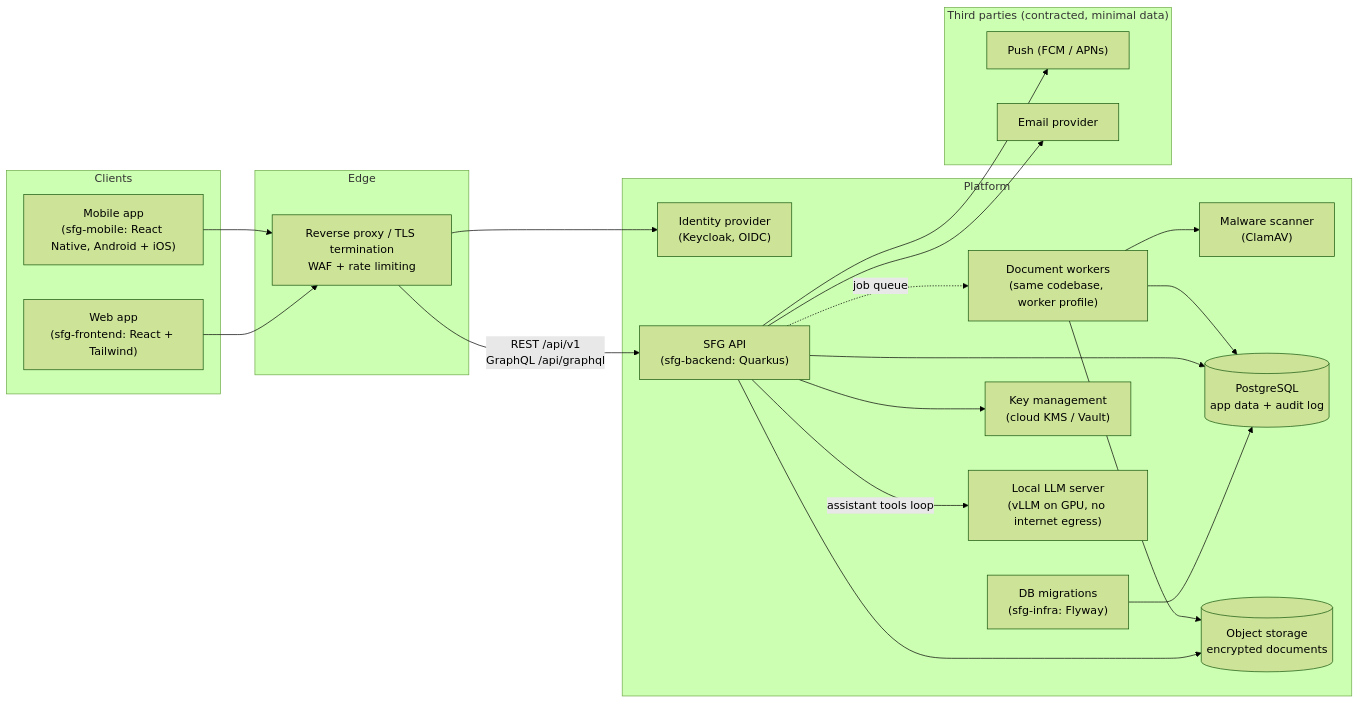
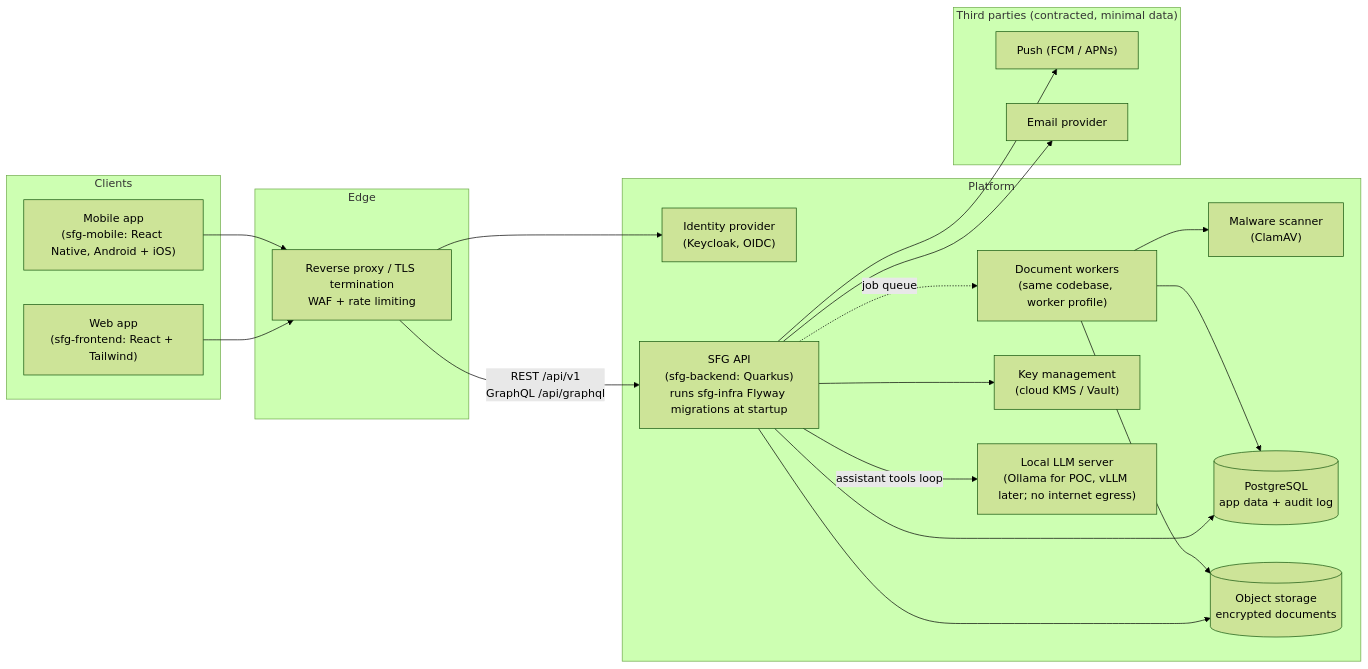
One commit to sdebie/sfg-parent changed the first of 6 diagrams in docs/high-level-design.md. Above: the diagram before and after it, drawn with Mermaid (forest theme). The commit also changed other lines of this file, not shown here.

First line of the commit message:
HLD: Ollama for the AI POC, swappable by config; backend runs sfg-infra migrations at startup

````diff
--- a/docs/high-level-design.md
+++ b/docs/high-level-design.md
@@ -83,44 +83,42 @@
 ```mermaid
 flowchart LR
   subgraph Clients
     WEB["Web app<br/>(sfg-frontend: React + Tailwind)"]
     MOB["Mobile app<br/>(sfg-mobile: React Native, Android + iOS)"]
   end
 
   subgraph Edge
     RP["Reverse proxy / TLS termination<br/>WAF + rate limiting"]
   end
 
   subgraph Platform
-    MIG["DB migrations<br/>(sfg-infra: Flyway)"]
     IDP["Identity provider<br/>(Keycloak, OIDC)"]
-    API["SFG API<br/>(sfg-backend: Quarkus)"]
+    API["SFG API<br/>(sfg-backend: Quarkus)<br/>runs sfg-infra Flyway migrations at startup"]
     WRK["Document workers<br/>(same codebase, worker profile)"]
     AV["Malware scanner<br/>(ClamAV)"]
     DB[("PostgreSQL<br/>app data + audit log")]
     OBJ[("Object storage<br/>encrypted documents")]
     KMS["Key management<br/>(cloud KMS / Vault)"]
-    LLM["Local LLM server<br/>(vLLM on GPU, no internet egress)"]
+    LLM["Local LLM server<br/>(Ollama for POC, vLLM later; no internet egress)"]
   end
 
   subgraph External["Third parties (contracted, minimal data)"]
     PUSH["Push (FCM / APNs)"]
     MAIL["Email provider"]
   end
 
   WEB --> RP
   MOB --> RP
   RP -- "REST /api/v1<br/>GraphQL /api/graphql" --> API
   RP --> IDP
-  MIG --> DB
   API --> DB
   API --> OBJ
   API --> KMS
   API -. job queue .-> WRK
   WRK --> AV
   WRK --> OBJ
   WRK --> DB
   API -- "assistant tools loop" --> LLM
   API --> PUSH
   API --> MAIL
 ```
````
